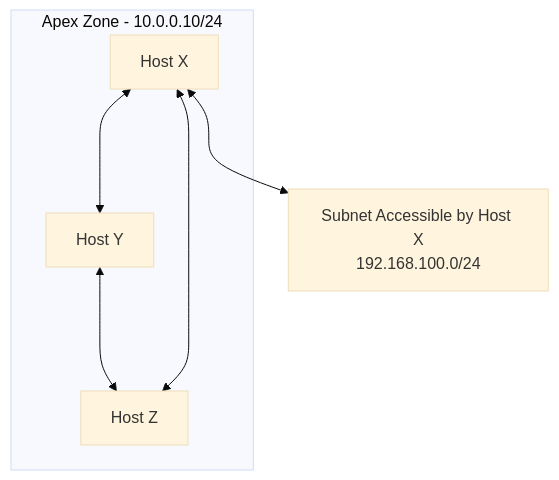
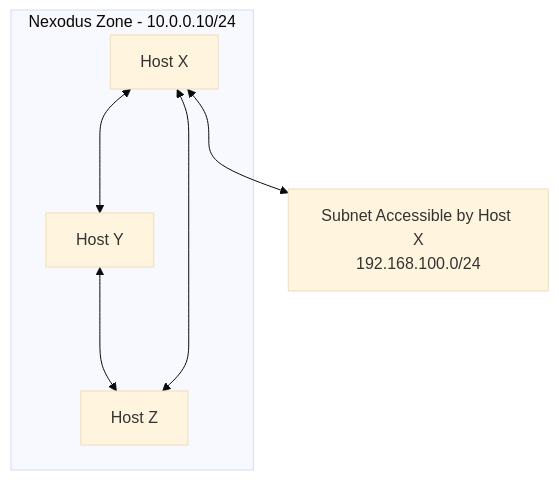
Before and after one commit to nexodus-io/nexodus: the diagram in docs/README.md, drawn with Mermaid (base theme). The commit also changed other lines of this file, not shown here.

First line of the commit message:
docs/README.md: Change most apex references

````diff
--- a/docs/README.md
+++ b/docs/README.md
@@ -472,10 +472,10 @@
 ```mermaid
 graph
-    subgraph "Apex Zone - 10.0.0.10/24"
+    subgraph "Nexodus Zone - 10.0.0.10/24"
         x[Host X]<---> y
         y[Host Y]<---> z[Host Z]
         x<--->z
     end
 
     x <---> s[Subnet Accessible by Host X<br/>192.168.100.0/24]
 ```
````
